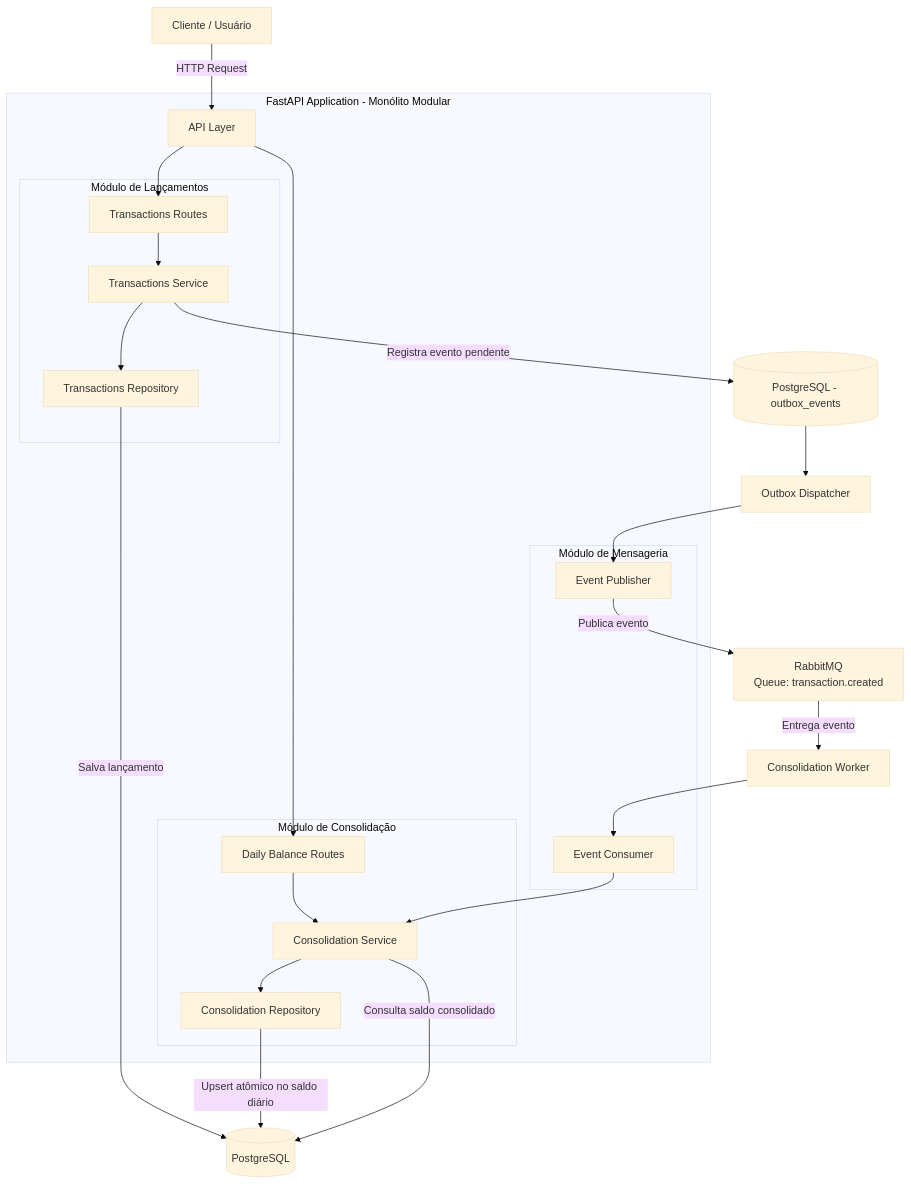
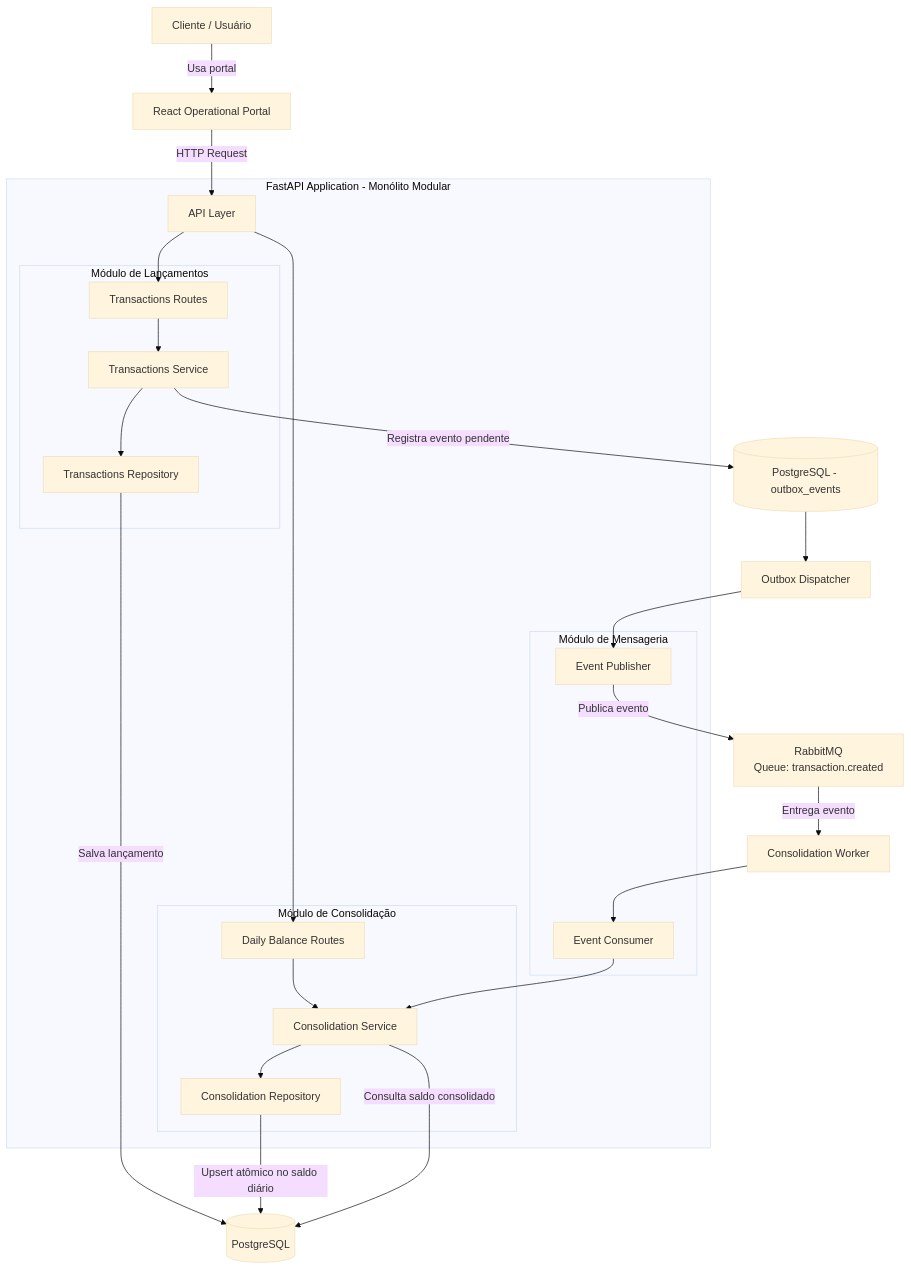
Before and after one commit to evosoftwares/cashflow-challenge-Gabriel: the second of 7 diagrams in docs/architecture.md, drawn with Mermaid (base theme). The commit also changed other lines of this file and 30 other files, not shown here.

Commit message:
Add operational React frontend portal

````diff
--- a/docs/architecture.md
+++ b/docs/architecture.md
@@ -30,43 +34,45 @@
 ```mermaid
 flowchart TD
     CLIENT[Cliente / Usuário]
+    UI[React Operational Portal]
     subgraph APP[FastAPI Application - Monólito Modular]
         API[API Layer]
         subgraph TRANSACTIONS[Módulo de Lançamentos]
             TRoutes[Transactions Routes]
             TService[Transactions Service]
             TRepo[Transactions Repository]
         end
         subgraph CONSOLIDATION[Módulo de Consolidação]
             CRoutes[Daily Balance Routes]
             CService[Consolidation Service]
             CRepo[Consolidation Repository]
         end
         subgraph MESSAGING[Módulo de Mensageria]
             Publisher[Event Publisher]
             Consumer[Event Consumer]
         end
     end
     DB[(PostgreSQL)]
     OUTBOX[(PostgreSQL - outbox_events)]
     DISPATCHER[Outbox Dispatcher]
     MQ[RabbitMQ<br/>Queue: transaction.created]
     WORKER[Consolidation Worker]
-    CLIENT -->|HTTP Request| API
+    CLIENT -->|Usa portal| UI
+    UI -->|HTTP Request| API
     API --> TRoutes
     TRoutes --> TService
     TService --> TRepo
     TRepo -->|Salva lançamento| DB
     TService -->|Registra evento pendente| OUTBOX
     OUTBOX --> DISPATCHER
     DISPATCHER --> Publisher
     Publisher -->|Publica evento| MQ
     MQ -->|Entrega evento| WORKER
     WORKER --> Consumer
     Consumer --> CService
     CService --> CRepo
     CRepo -->|Upsert atômico no saldo diário| DB
     API --> CRoutes
     CRoutes --> CService
     CService -->|Consulta saldo consolidado| DB
 ```
````
